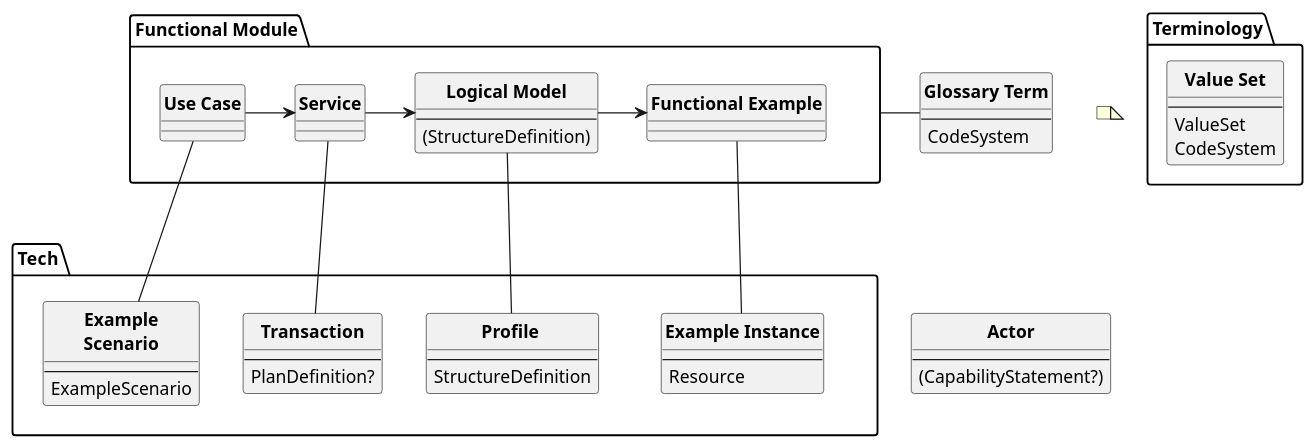
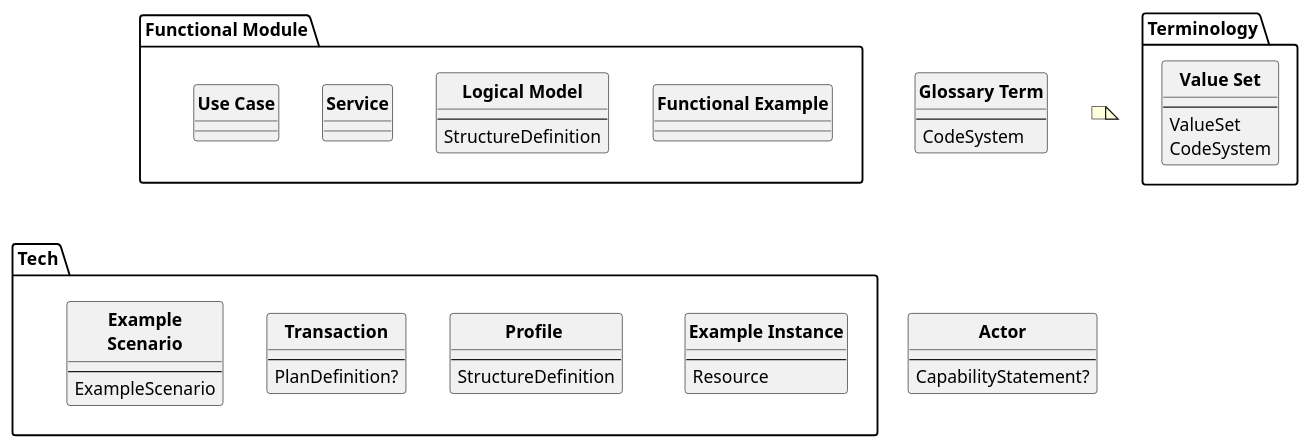
Before and after one commit to IHE/FHIR_IG_content: the diagram in source/be_overview.pu, drawn with PlantUML.

```diff
--- a/source/be_overview.pu
+++ b/source/be_overview.pu
@@ -13,7 +13,7 @@
 
   Class "**Logical Model**" as LogicalModel {
   --
-  (StructureDefinition)
+  StructureDefinition
   }
 
   Class "**Functional Example**" as Example {
@@ -30,7 +30,7 @@
   |_ (content)
   '/
   --
-  (CapabilityStatement?)
+  CapabilityStatement?
 }
 
 /'
@@ -94,10 +94,10 @@
 'UCase -right-> Interaction: 'Requires
 'Interaction -right-> LogicalModel: 'Data
 'LogicalModel -right-> Example: 'Example
-UCase -right-> Interaction: ""
-Interaction -right-> LogicalModel: ""
-LogicalModel -right-> Example: ""
-Functional -right- BTerm: ""
+'UCase -right-> Interaction: ""
+'Interaction -right-> LogicalModel: ""
+'LogicalModel -right-> Example: ""
+'Functional -right- BTerm: ""
 
 
 
@@ -137,10 +137,6 @@
 }
 
 
-UCase -down- ExampleScenario
-Interaction -down- Transaction
-LogicalModel -down- Profile
-Example -down- ExampleInstance
 
 Profile -right[hidden]-> ExampleInstance: "    "
 
```
